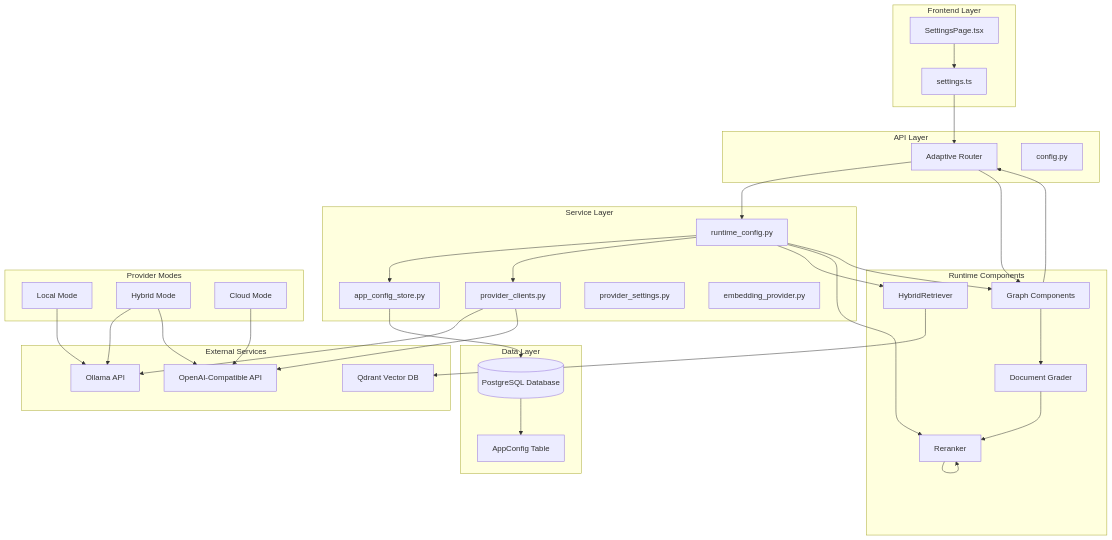
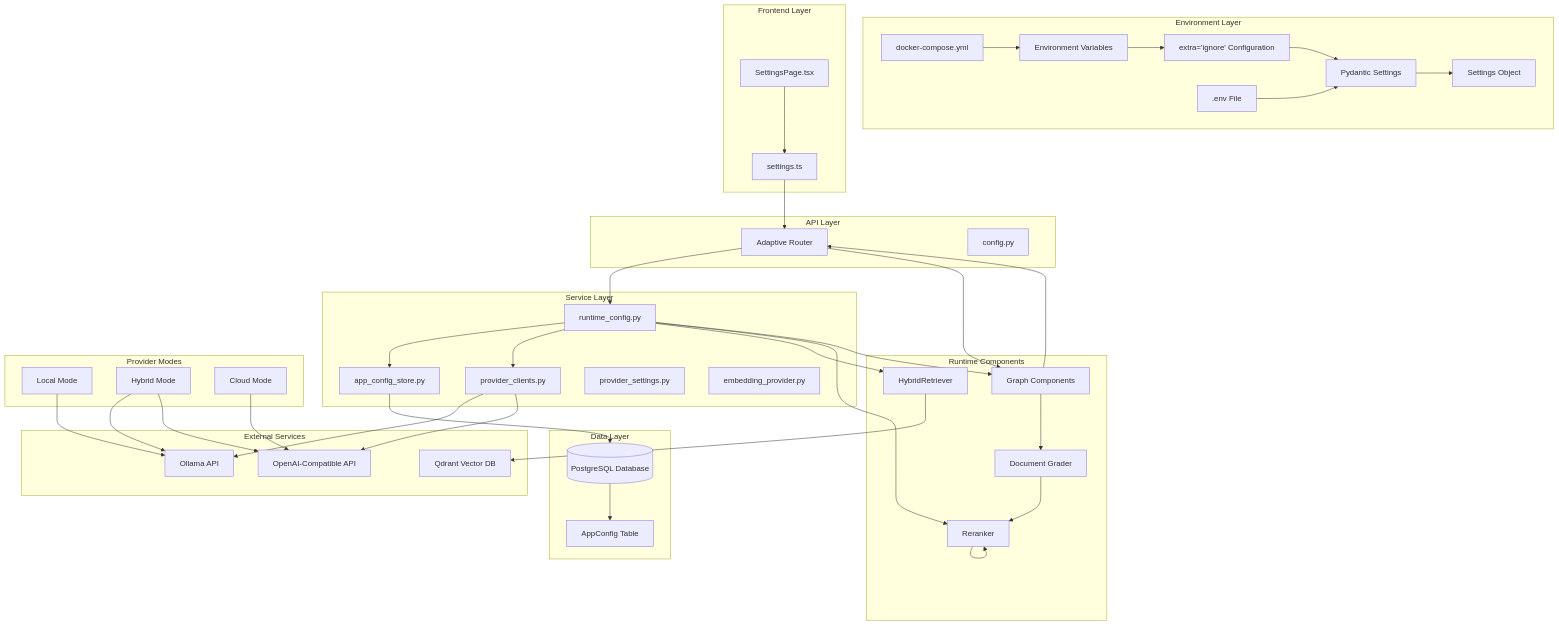
One commit to genes8/private-ai changed the first of 15 diagrams in .qoder/repowiki/en/content/Backend Development/Runtime Configuration System/Runtime Configuration System.md. Above: the diagram before and after it, drawn with Mermaid. The commit also changed other lines of this file and 19 other files, not shown here.

````diff
--- a/.qoder/repowiki/en/content/Backend Development/Runtime Configuration System/Runtime Configuration System.md
+++ b/.qoder/repowiki/en/content/Backend Development/Runtime Configuration System/Runtime Configuration System.md
@@ -63,61 +69,71 @@
 ```mermaid
 graph TB
+subgraph "Environment Layer"
+ENV[.env File]
+DC[docker-compose.yml]
+END[Environment Variables]
+END --> EXTRA[extra='ignore' Configuration]
+EXTRA --> PYDANTIC[Pydantic Settings]
+PYDANTIC --> SETTINGS[Settings Object]
+end
 subgraph "Frontend Layer"
 FE[SettingsPage.tsx]
 TS[settings.ts]
 end
 subgraph "API Layer"
 AR[admin_routes.py]
 CFG[config.py]
 end
 subgraph "Service Layer"
 RC[runtime_config.py]
 ACS[app_config_store.py]
 PC[provider_clients.py]
 EPS[provider_settings.py]
 EP[embedding_provider.py]
 end
 subgraph "Data Layer"
 DB[(PostgreSQL Database)]
 AC[AppConfig Table]
 end
 subgraph "Runtime Components"
 HR[HybridRetriever]
 RR[Reranker]
 G[Graph Components]
 DG[Document Grader]
 AR[Adaptive Router]
 end
 subgraph "Provider Modes"
 LOCAL[Local Mode]
 HYBRID[Hybrid Mode]
 CLOUD[Cloud Mode]
 end
 subgraph "External Services"
 OLLAMA[Ollama API]
 OPENAI[OpenAI-Compatible API]
 QDRANT[Qdrant Vector DB]
 end
+ENV --> PYDANTIC
+DC --> END
 FE --> TS
 TS --> AR
 AR --> RC
 RC --> ACS
 ACS --> DB
 DB --> AC
 RC --> PC
 PC --> OLLAMA
 PC --> OPENAI
 RC --> HR
 RC --> RR
 RC --> G
 G --> DG
 G --> AR
 HR --> QDRANT
 RR --> RR
 DG --> RR
 AR --> G
 LOCAL --> OLLAMA
 HYBRID --> OLLAMA
 HYBRID --> OPENAI
 CLOUD --> OPENAI
 ```
````
